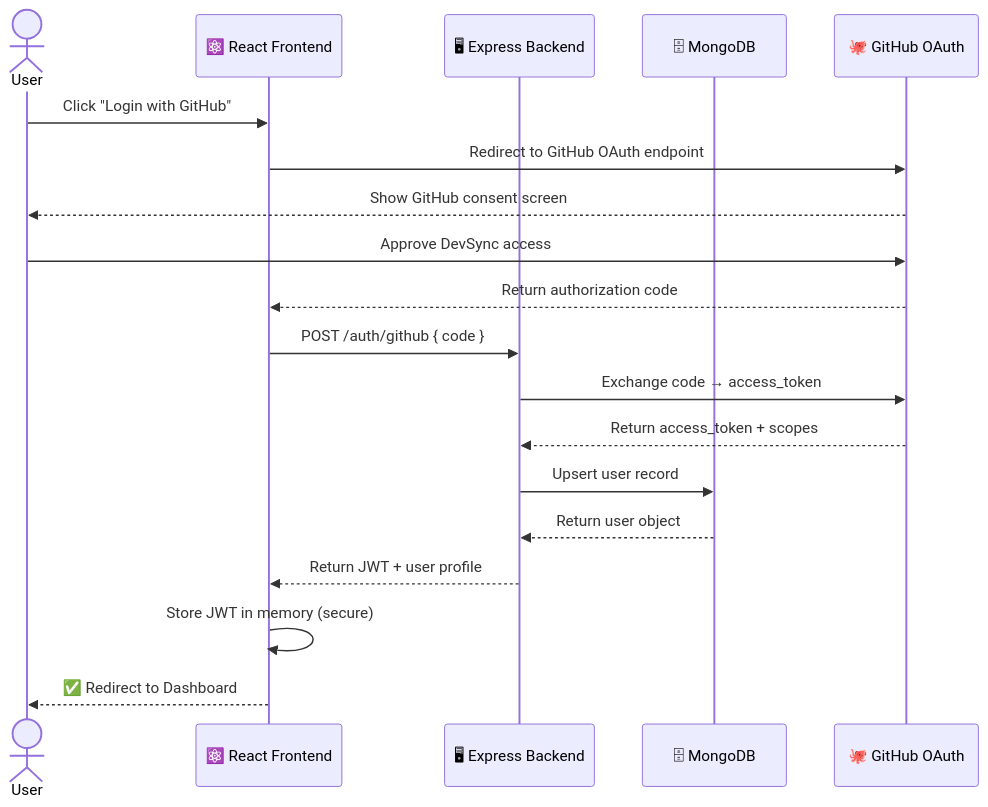
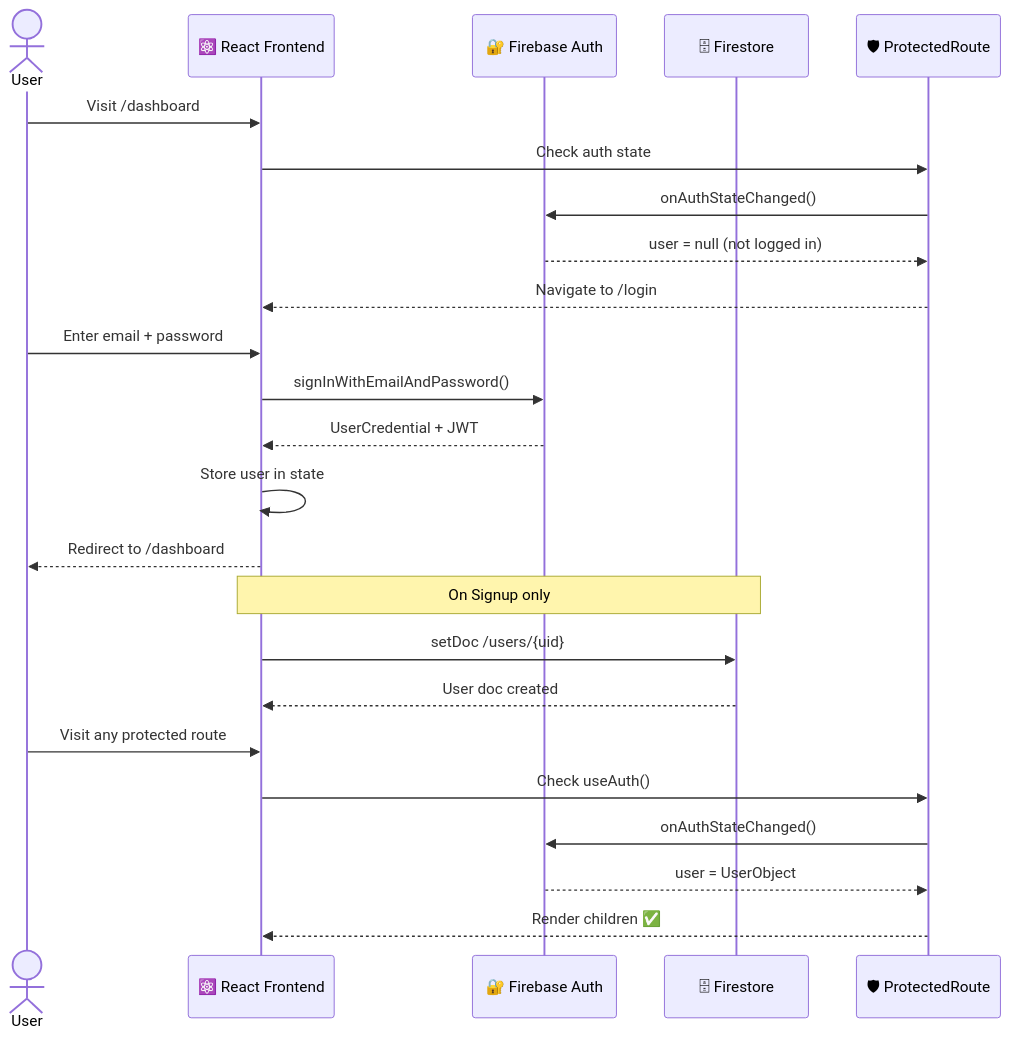
The third of 5 diagrams in README.md (Akshatsrii/Auto-Environment-Sync-Platform), drawn with Mermaid before and after one commit. The commit also changed other lines of this file, not shown here.

````diff
--- a/README.md
+++ b/README.md
@@ -268,22 +283,30 @@
 ```mermaid
 sequenceDiagram
     actor User
     participant UI as ⚛️ React Frontend
-    participant API as 🖥 Express Backend
-    participant DB as 🗄 MongoDB
-    participant GH as 🐙 GitHub OAuth
+    participant Auth as 🔐 Firebase Auth
+    participant DB as 🗄 Firestore
+    participant Route as 🛡 ProtectedRoute
 
-    User->>UI: Click "Login with GitHub"
-    UI->>GH: Redirect to GitHub OAuth endpoint
-    GH-->>User: Show GitHub consent screen
-    User->>GH: Approve DevSync access
-    GH-->>UI: Return authorization code
-    UI->>API: POST /auth/github { code }
-    API->>GH: Exchange code → access_token
-    GH-->>API: Return access_token + scopes
-    API->>DB: Upsert user record
-    DB-->>API: Return user object
-    API-->>UI: Return JWT + user profile
-    UI->>UI: Store JWT in memory (secure)
-    UI-->>User: ✅ Redirect to Dashboard
+    User->>UI: Visit /dashboard
+    UI->>Route: Check auth state
+    Route->>Auth: onAuthStateChanged()
+    Auth-->>Route: user = null (not logged in)
+    Route-->>UI: Navigate to /login
+
+    User->>UI: Enter email + password
+    UI->>Auth: signInWithEmailAndPassword()
+    Auth-->>UI: UserCredential + JWT
+    UI->>UI: Store user in state
+    UI-->>User: Redirect to /dashboard
+
+    Note over UI,DB: On Signup only
+    UI->>DB: setDoc /users/{uid}
+    DB-->>UI: User doc created
+
+    User->>UI: Visit any protected route
+    UI->>Route: Check useAuth()
+    Route->>Auth: onAuthStateChanged()
+    Auth-->>Route: user = UserObject
+    Route-->>UI: Render children ✅
 ```
````
